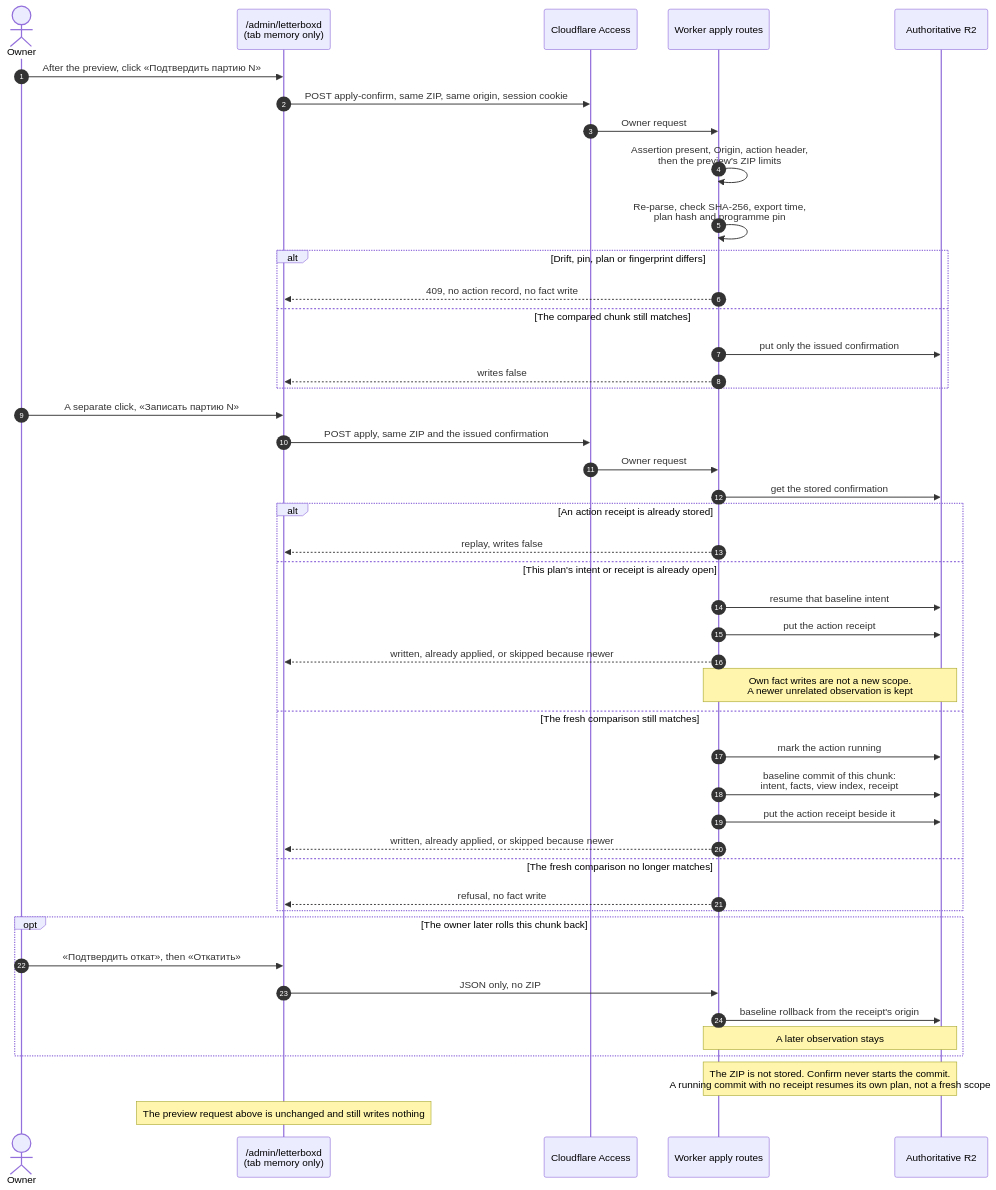
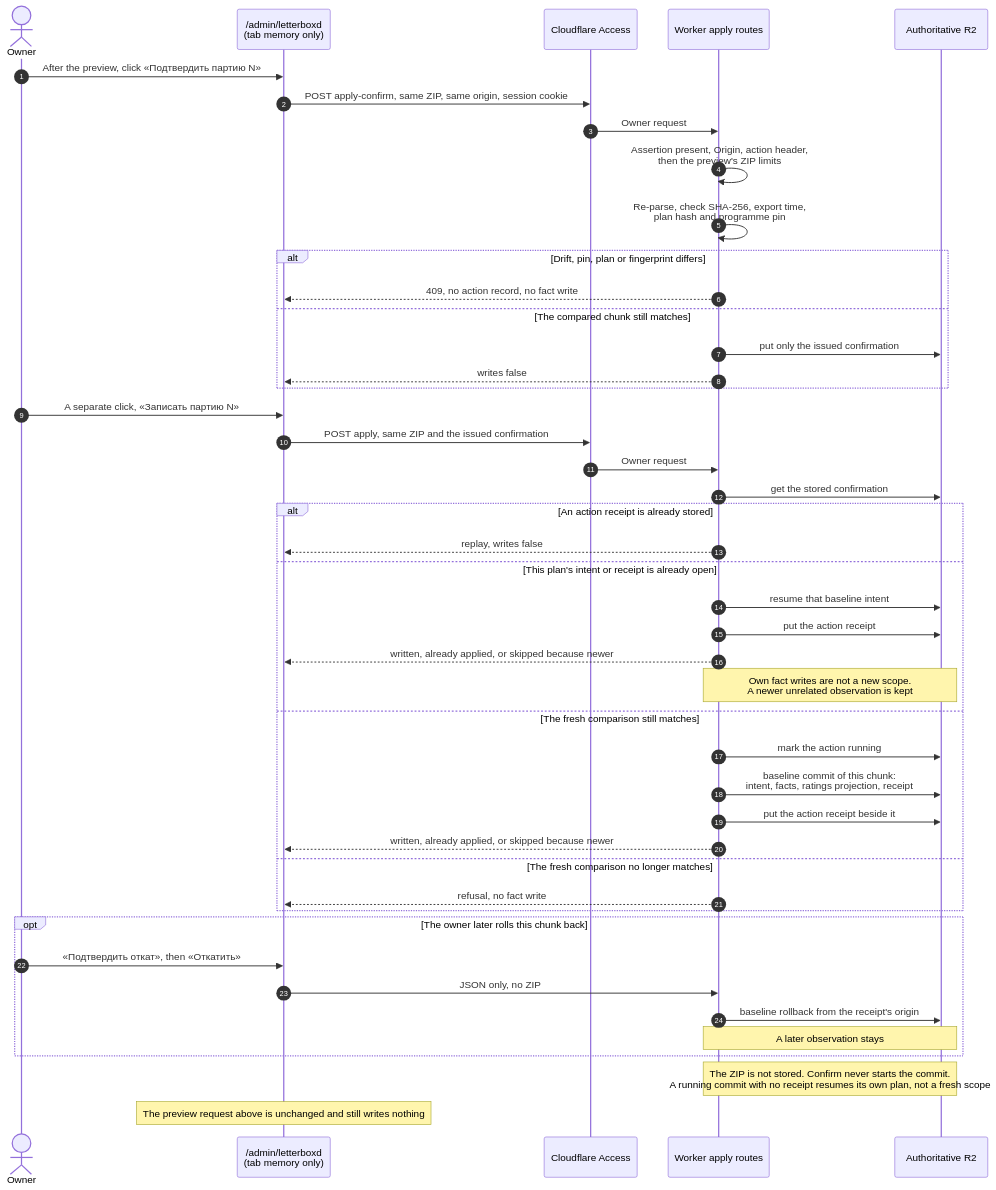
One commit to vladimino/iptv-watchlist changed the fourth of 4 diagrams in docs/architecture/letterboxd-ingestion.md. Above: the diagram before and after it, drawn with Mermaid. The commit also changed other lines of this file and 132 other files, not shown here.

First line of the commit message:
AIR-558: retire VIEW_INDEX_SOURCE, the raw view-index read path and its writers (ADR 0189)

````diff
--- a/docs/architecture/letterboxd-ingestion.md
+++ b/docs/architecture/letterboxd-ingestion.md
@@ -118,47 +118,47 @@
 ```mermaid
 sequenceDiagram
     autonumber
     actor Owner
     participant Page as /admin/letterboxd<br/>(tab memory only)
     participant Access as Cloudflare Access
     participant Worker as Worker apply routes
     participant R2 as Authoritative R2
     Owner->>Page: After the preview, click «Подтвердить партию N»
     Page->>Access: POST apply-confirm, same ZIP, same origin, session cookie
     Access->>Worker: Owner request
     Worker->>Worker: Assertion present, Origin, action header,<br/>then the preview's ZIP limits
     Worker->>Worker: Re-parse, check SHA-256, export time,<br/>plan hash and programme pin
     alt Drift, pin, plan or fingerprint differs
         Worker-->>Page: 409, no action record, no fact write
     else The compared chunk still matches
         Worker->>R2: put only the issued confirmation
         Worker-->>Page: writes false
     end
     Owner->>Page: A separate click, «Записать партию N»
     Page->>Access: POST apply, same ZIP and the issued confirmation
     Access->>Worker: Owner request
     Worker->>R2: get the stored confirmation
     alt An action receipt is already stored
         Worker-->>Page: replay, writes false
     else This plan's intent or receipt is already open
         Worker->>R2: resume that baseline intent
         Worker->>R2: put the action receipt
         Worker-->>Page: written, already applied, or skipped because newer
         Note over Worker,R2: Own fact writes are not a new scope.<br/>A newer unrelated observation is kept
     else The fresh comparison still matches
         Worker->>R2: mark the action running
-        Worker->>R2: baseline commit of this chunk:<br/>intent, facts, view index, receipt
+        Worker->>R2: baseline commit of this chunk:<br/>intent, facts, ratings projection, receipt
         Worker->>R2: put the action receipt beside it
         Worker-->>Page: written, already applied, or skipped because newer
     else The fresh comparison no longer matches
         Worker-->>Page: refusal, no fact write
     end
     opt The owner later rolls this chunk back
         Owner->>Page: «Подтвердить откат», then «Откатить»
         Page->>Worker: JSON only, no ZIP
         Worker->>R2: baseline rollback from the receipt's origin
         Note over Worker,R2: A later observation stays
     end
     Note over Worker,R2: The ZIP is not stored. Confirm never starts the commit.<br/>A running commit with no receipt resumes its own plan, not a fresh scope
     Note over Page: The preview request above is unchanged and still writes nothing
 ```
````
